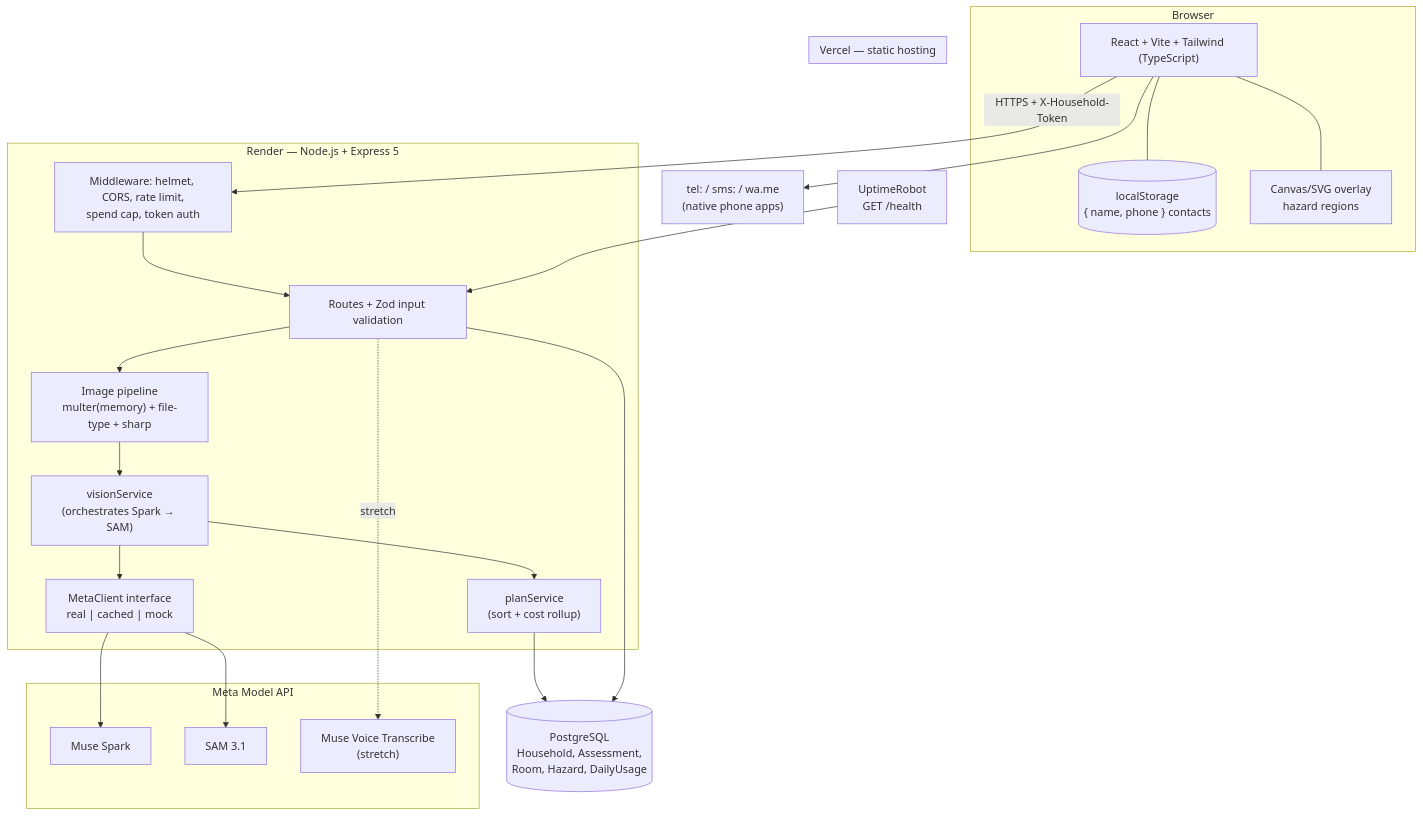
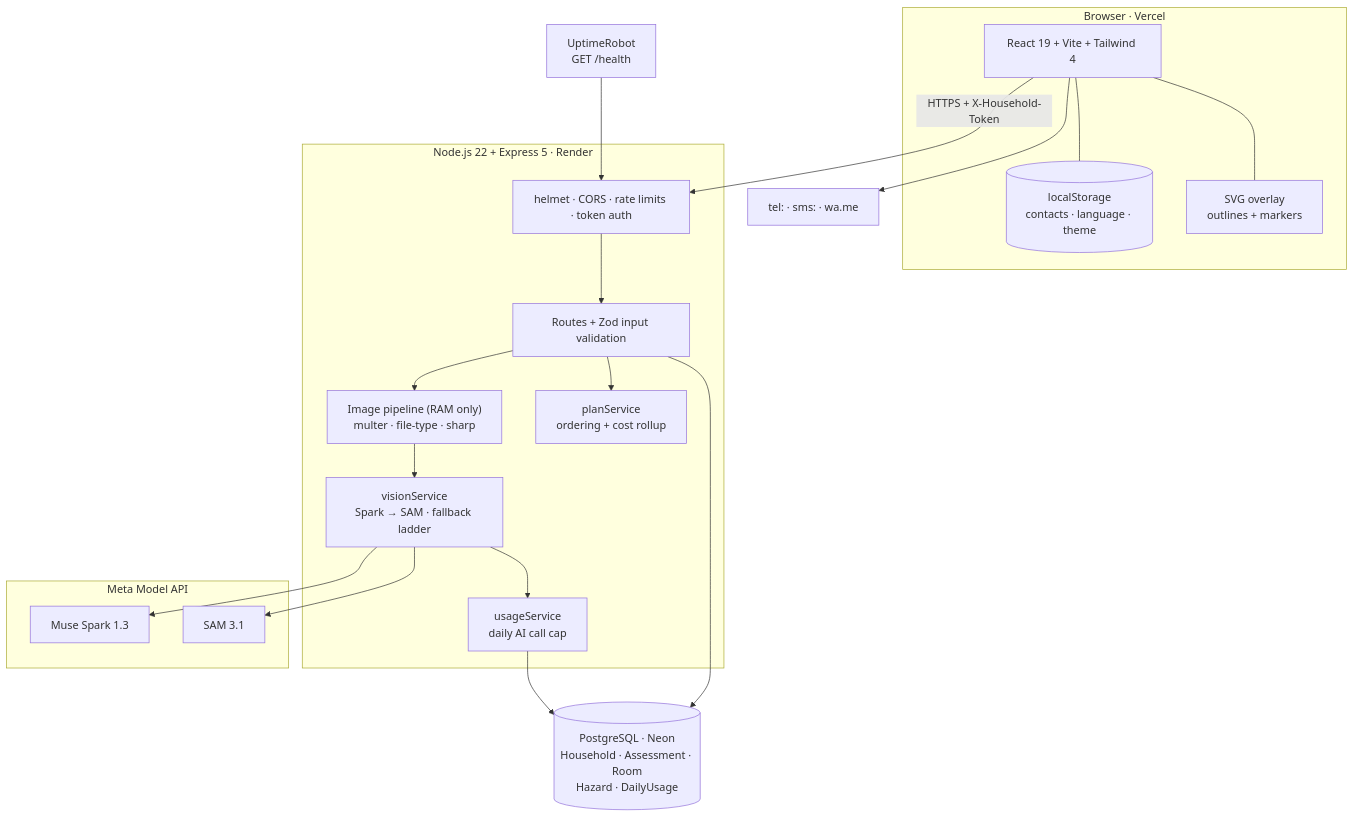
One commit to KarlaPocasangre/aegis-home changed the first of 2 diagrams in docs/ARCHITECTURE.md. Above: the diagram before and after it, drawn with Mermaid. The commit also changed other lines of this file and 8 other files, not shown here.

````diff
--- a/docs/ARCHITECTURE.md
+++ b/docs/ARCHITECTURE.md
@@ -44,45 +44,39 @@
 ```mermaid
 flowchart TB
-    subgraph Client["Browser"]
-        UI["React + Vite + Tailwind (TypeScript)"]
-        LS[("localStorage<br/>{ name, phone } contacts")]
-        OV["Canvas/SVG overlay<br/>hazard regions"]
+    subgraph Browser["Browser · Vercel"]
+        UI["React 19 + Vite + Tailwind 4"]
+        LS[("localStorage<br/>contacts · language · theme")]
+        OV["SVG overlay<br/>outlines + markers"]
         UI --- LS
         UI --- OV
     end
 
-    subgraph Vercel["Vercel — static hosting"]
-        UI
-    end
-
-    subgraph Render["Render — Node.js + Express 5"]
-        MW["Middleware: helmet, CORS, rate limit,<br/>spend cap, token auth"]
+    subgraph API["Node.js 22 + Express 5 · Render"]
+        MW["helmet · CORS · rate limits · token auth"]
         RT["Routes + Zod input validation"]
-        IMG["Image pipeline<br/>multer(memory) + file-type + sharp"]
-        VIS["visionService<br/>(orchestrates Spark → SAM)"]
-        MC["MetaClient interface<br/>real | cached | mock"]
-        PL["planService<br/>(sort + cost rollup)"]
+        IMG["Image pipeline (RAM only)<br/>multer · file-type · sharp"]
+        VIS["visionService<br/>Spark → SAM · fallback ladder"]
+        USE["usageService<br/>daily AI call cap"]
+        PL["planService<br/>ordering + cost rollup"]
         MW --> RT --> IMG --> VIS
-        VIS --> MC
-        VIS --> PL
+        VIS --> USE
+        RT --> PL
     end
 
     subgraph Meta["Meta Model API"]
-        SPARK["Muse Spark"]
+        SPARK["Muse Spark 1.3"]
         SAM["SAM 3.1"]
-        VOICE["Muse Voice Transcribe<br/>(stretch)"]
     end
 
-    DB[("PostgreSQL<br/>Household, Assessment,<br/>Room, Hazard, DailyUsage")]
+    DB[("PostgreSQL · Neon<br/>Household · Assessment · Room<br/>Hazard · DailyUsage")]
     MON["UptimeRobot<br/>GET /health"]
-    NATIVE["tel: / sms: / wa.me<br/>(native phone apps)"]
+    NATIVE["tel: · sms: · wa.me"]
 
     UI -- "HTTPS + X-Household-Token" --> MW
-    MC --> SPARK
-    MC --> SAM
-    RT -. stretch .-> VOICE
-    PL --> DB
+    VIS --> SPARK
+    VIS --> SAM
     RT --> DB
-    MON --> RT
+    USE --> DB
+    MON --> MW
     UI --> NATIVE
 ```
````
